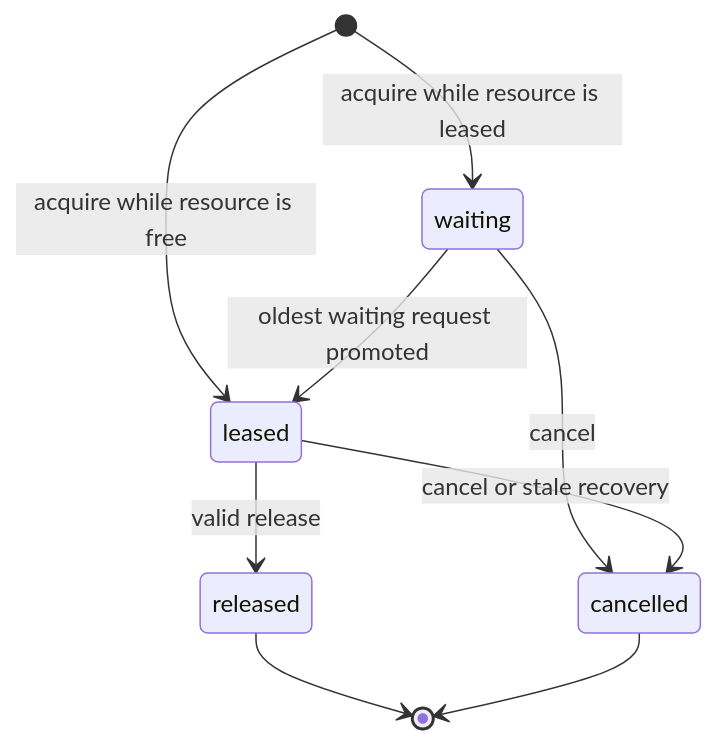
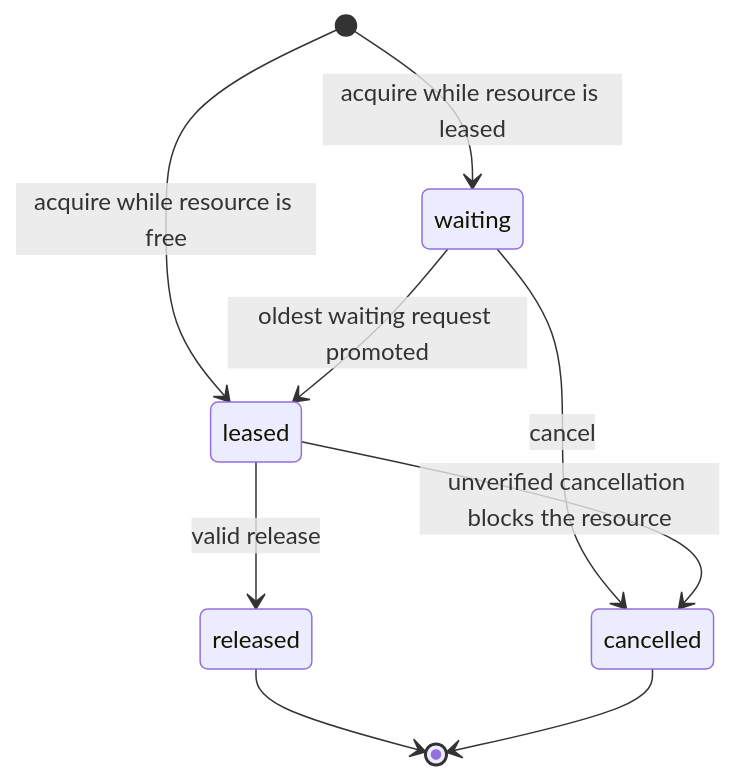
Before and after one commit to LiltoneJG/flybridge: the second of 2 diagrams in docs/en/specification.md, drawn with Mermaid. The commit also changed other lines of this file and 25 other files, not shown here.

Commit message:
Redesign resource queue dispatch and recovery

````diff
--- a/docs/en/specification.md
+++ b/docs/en/specification.md
@@ -95,11 +95,11 @@
 ```mermaid
 stateDiagram-v2
     [*] --> waiting: acquire while resource is leased
     [*] --> leased: acquire while resource is free
     waiting --> leased: oldest waiting request promoted
     waiting --> cancelled: cancel
     leased --> released: valid release
-    leased --> cancelled: cancel or stale recovery
+    leased --> cancelled: unverified cancellation blocks the resource
     released --> [*]
     cancelled --> [*]
 ```
````
